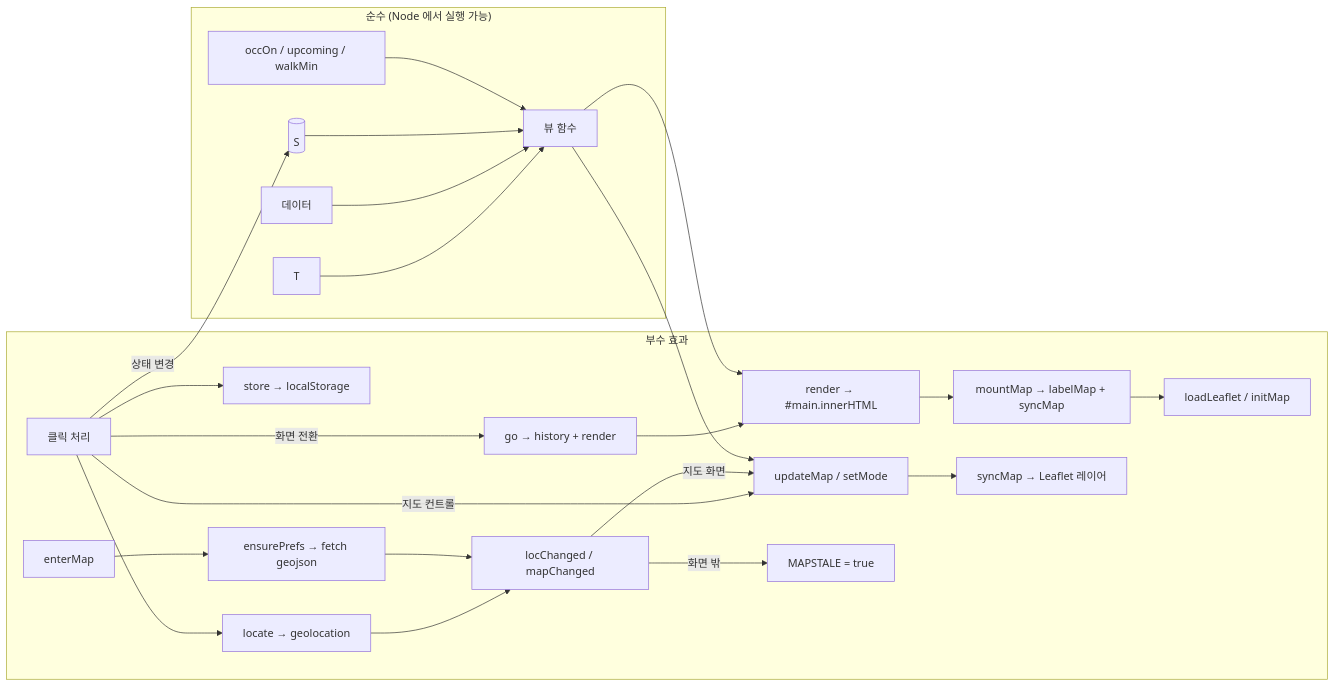
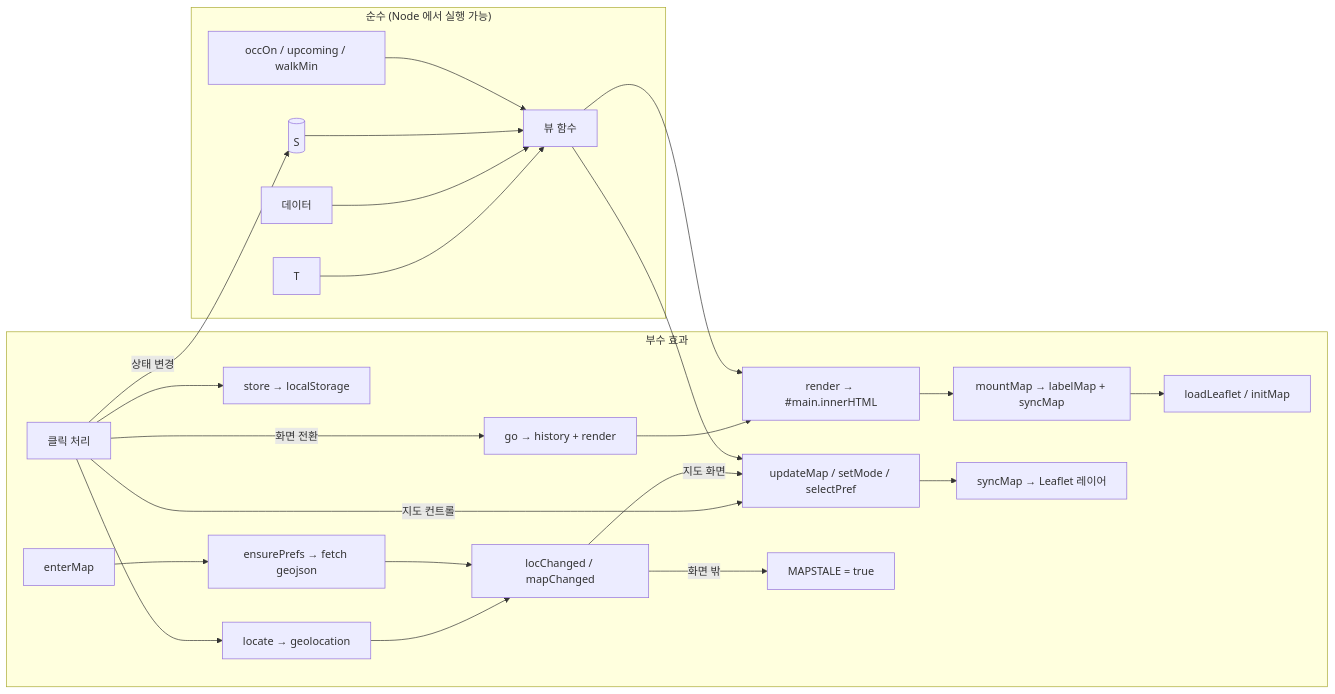
One commit to underthesun7213/yui-board changed the third of 8 diagrams in docs/architecture/rfc/0002-mlp-client-only.md. Above: the diagram before and after it, drawn with Mermaid. The commit also changed other lines of this file and 7 other files, not shown here.

First line of the commit message:
Finish MLP architecture docs; tighten checks

````diff
--- a/docs/architecture/rfc/0002-mlp-client-only.md
+++ b/docs/architecture/rfc/0002-mlp-client-only.md
@@ -134,27 +134,27 @@
 ```mermaid
 flowchart LR
   subgraph pure["순수 (Node 에서 실행 가능)"]
     T[T] --> V[뷰 함수]
     D[데이터] --> V
     S[(S)] --> V
     DT[occOn / upcoming / walkMin] --> V
   end
   subgraph fx["부수 효과"]
     CL[클릭 처리] -->|상태 변경| S
     CL -->|화면 전환| GO[go → history + render]
-    CL -->|지도 컨트롤| UM[updateMap / setMode]
+    CL -->|지도 컨트롤| UM[updateMap / setMode / selectPref]
     GO --> R[render → #main.innerHTML]
     R --> MM[mountMap → labelMap + syncMap]
     UM --> SM[syncMap → Leaflet 레이어]
     MM --> LL[loadLeaflet / initMap]
     CL --> ST[store → localStorage]
     CL --> LOC[locate → geolocation]
     EM[enterMap] --> EP[ensurePrefs → fetch geojson]
     LOC --> MC[locChanged / mapChanged]
     EP --> MC
     MC -->|지도 화면| UM
     MC -->|화면 밖| STALE[MAPSTALE = true]
   end
   V --> R
   V --> UM
 ```
````
